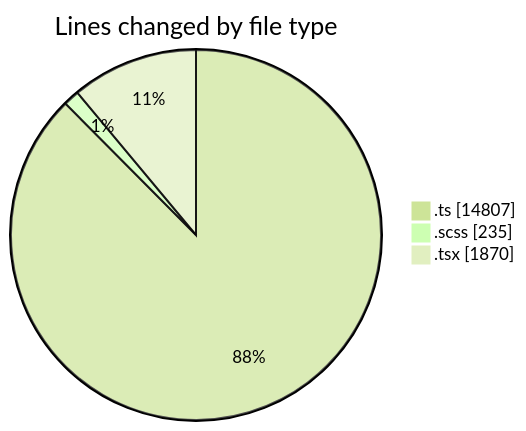
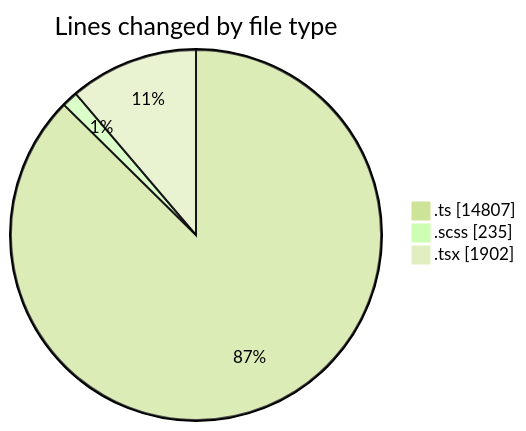
The first of 2 diagrams in 2025-08-27/cda/README.md (momahboobian/code-tracking), drawn with Mermaid (forest theme) before and after one commit. The commit also changed other lines of this file and 1 other file, not shown here.

````diff
--- a/2025-08-27/cda/README.md
+++ b/2025-08-27/cda/README.md
@@ -31,7 +31,7 @@
 ```mermaid
 pie showData
 title Lines changed by file type
 ".ts" : 14807
 ".scss" : 235
-".tsx" : 1870
+".tsx" : 1902
 ```
````
